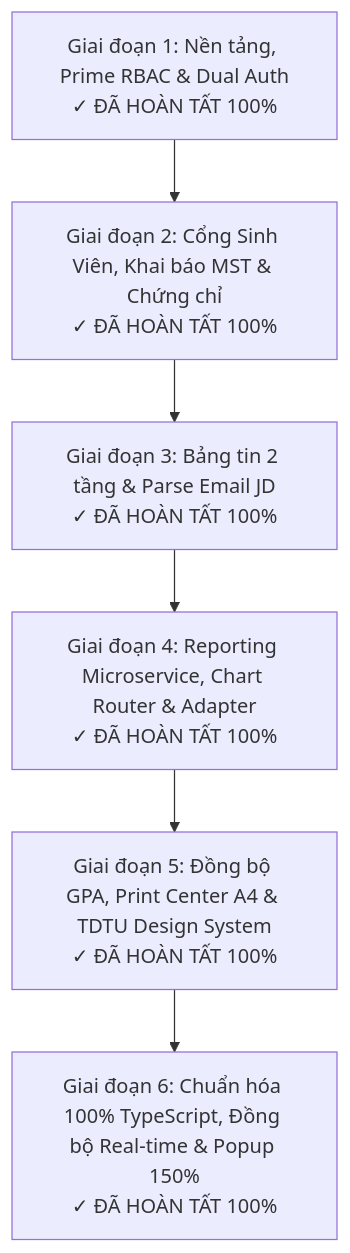
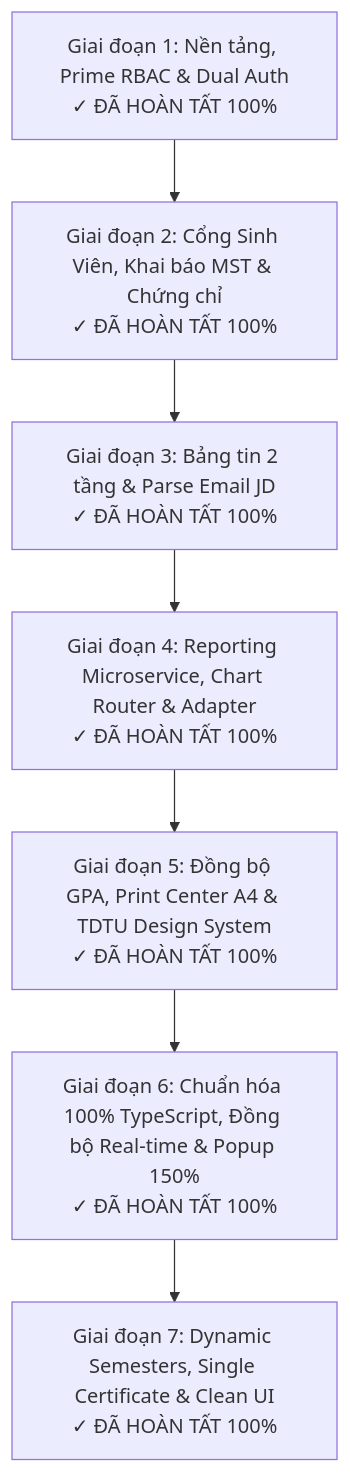
One commit to nhan1232004/DB_CNTT changed the diagram in docs/BAO_CAO_CHI_TIET_DU_AN_TONG_THE_DB_CNTT.md. Above: the diagram before and after it, drawn with Mermaid. The commit also changed other lines of this file and 6 other files, not shown here.

````diff
--- a/docs/BAO_CAO_CHI_TIET_DU_AN_TONG_THE_DB_CNTT.md
+++ b/docs/BAO_CAO_CHI_TIET_DU_AN_TONG_THE_DB_CNTT.md
@@ -26,11 +30,12 @@
 ```mermaid
 flowchart TD
     P1["Giai đoạn 1: Nền tảng, Prime RBAC & Dual Auth<br/>✓ ĐÃ HOÀN TẤT 100%"]
     P2["Giai đoạn 2: Cổng Sinh Viên, Khai báo MST & Chứng chỉ<br/>✓ ĐÃ HOÀN TẤT 100%"]
     P3["Giai đoạn 3: Bảng tin 2 tầng & Parse Email JD<br/>✓ ĐÃ HOÀN TẤT 100%"]
     P4["Giai đoạn 4: Reporting Microservice, Chart Router & Adapter<br/>✓ ĐÃ HOÀN TẤT 100%"]
     P5["Giai đoạn 5: Đồng bộ GPA, Print Center A4 & TDTU Design System<br/>✓ ĐÃ HOÀN TẤT 100%"]
     P6["Giai đoạn 6: Chuẩn hóa 100% TypeScript, Đồng bộ Real-time & Popup 150%<br/>✓ ĐÃ HOÀN TẤT 100%"]
+    P7["Giai đoạn 7: Dynamic Semesters, Single Certificate & Clean UI<br/>✓ ĐÃ HOÀN TẤT 100%"]
 
-    P1 --> P2 --> P3 --> P4 --> P5 --> P6
+    P1 --> P2 --> P3 --> P4 --> P5 --> P6 --> P7
 ```
````
